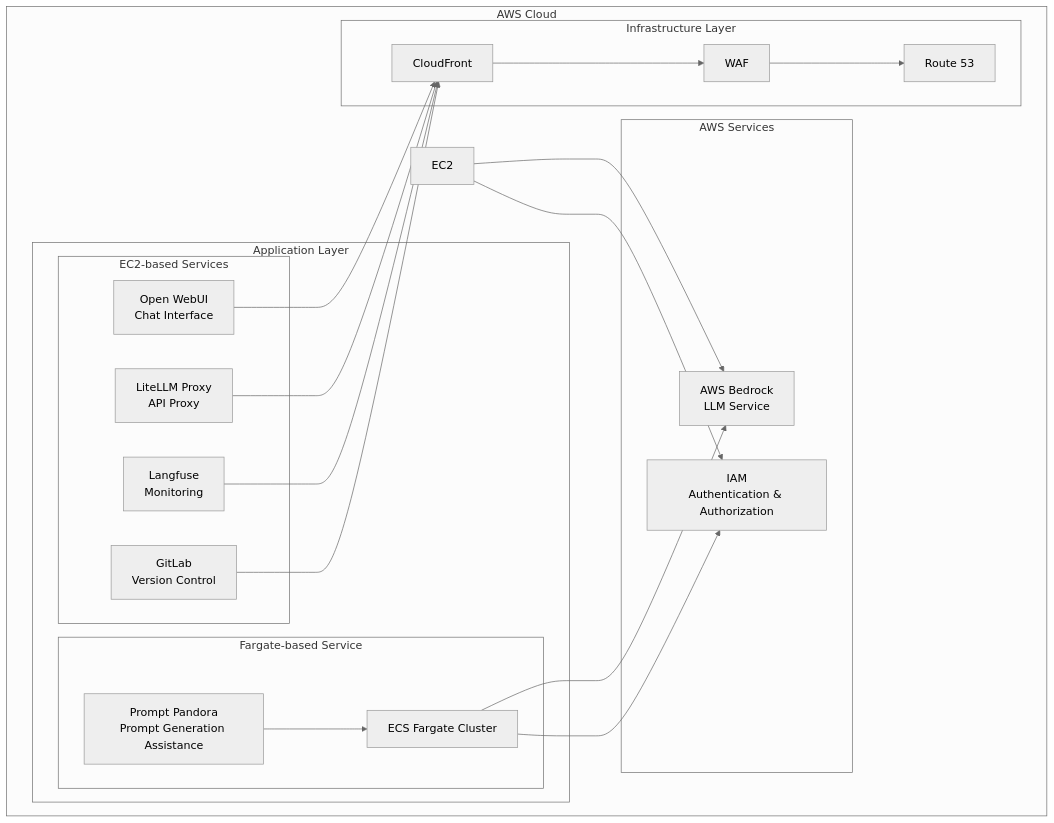
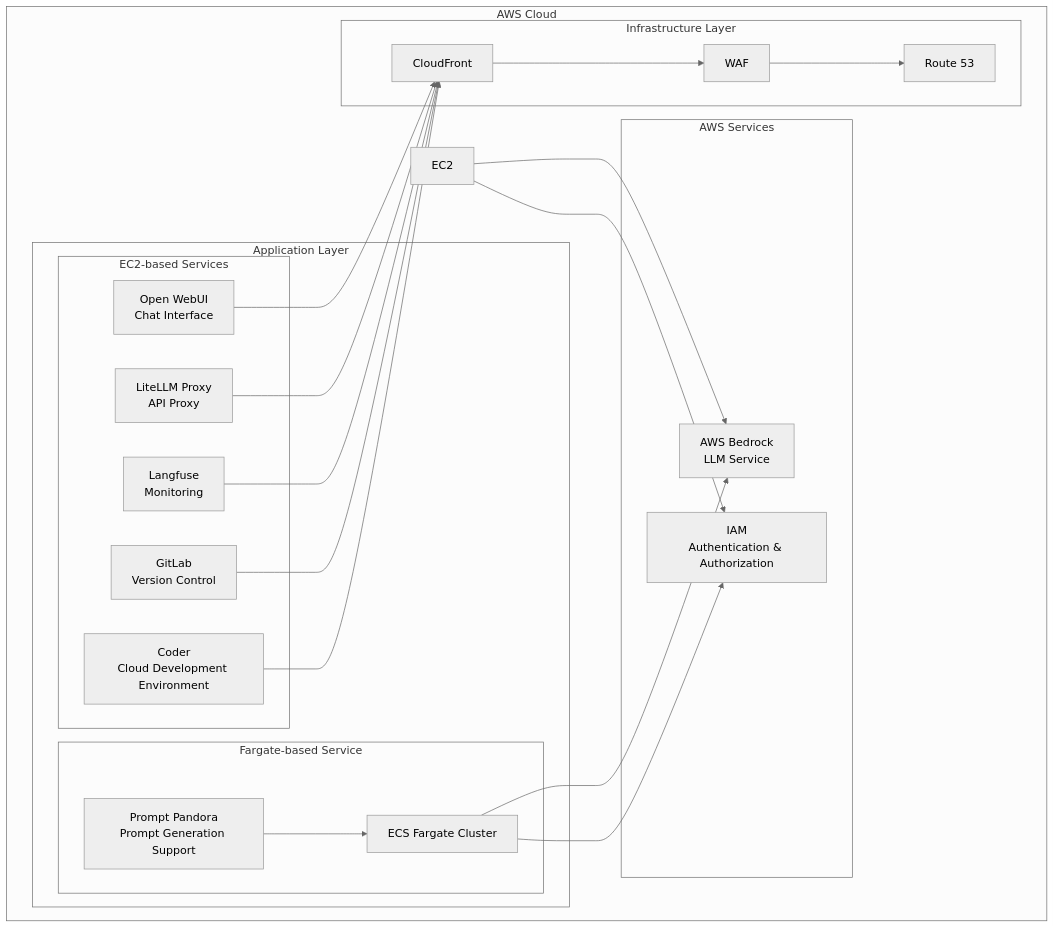
Before and after one commit to Sunwood-ai-labs/AMATERASU: the diagram in docs/README.en.md, drawn with Mermaid (neutral theme). The commit also changed other lines of this file, not shown here.

````diff
--- a/docs/README.en.md
+++ b/docs/README.en.md
@@ -48,43 +50,45 @@
 ```mermaid
 graph TB
     subgraph "AWS Cloud"
         subgraph "Application Layer"
             subgraph "EC2-based Services"
                 OW["Open WebUI<br/>Chat Interface"]
                 LL["LiteLLM Proxy<br/>API Proxy"]
                 LF["Langfuse<br/>Monitoring"]
                 GL["GitLab<br/>Version Control"]
+                CD["Coder<br/>Cloud Development Environment"]
             end
-
+            
             subgraph "Fargate-based Service"
-                PP["Prompt Pandora<br/>Prompt Generation Assistance"]
+                PP["Prompt Pandora<br/>Prompt Generation Support"]
                 ECS["ECS Fargate Cluster"]
             end
         end
-
+        
         subgraph "Infrastructure Layer"
             CF["CloudFront"]
             WAF["WAF"]
             R53["Route 53"]
         end
-
+        
         subgraph "AWS Services"
             Bedrock["AWS Bedrock<br/>LLM Service"]
             IAM["IAM<br/>Authentication & Authorization"]
         end
-
+        
         OW --> CF
         LL --> CF
         LF --> CF
         GL --> CF
+        CD --> CF
         PP --> ECS
-
+        
         CF --> WAF
         WAF --> R53
-
+        
         EC2 --> Bedrock
         ECS --> Bedrock
         EC2 --> IAM
         ECS --> IAM
     end
 ```
````
